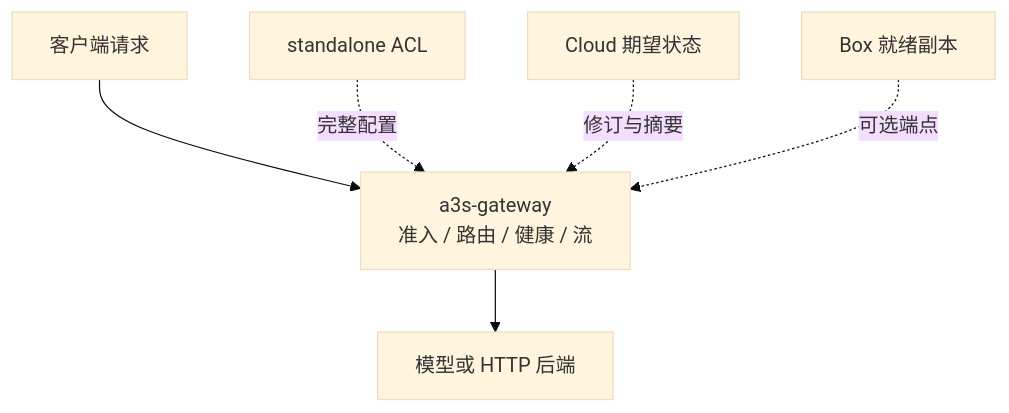
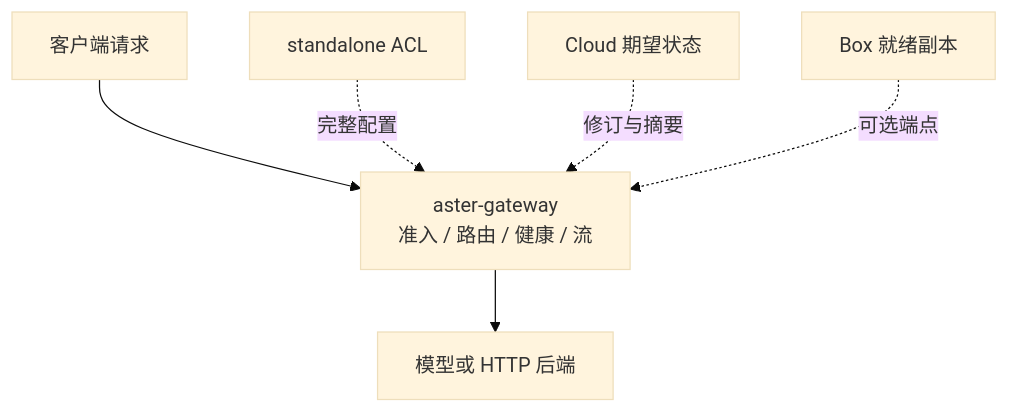
Before and after one commit to aster-ai-lab/aster: the diagram in apps/web/content/docs/gateway/1.1.1/_diagrams/gateway-architecture.mmd, drawn with Mermaid (base theme). The commit also changed 16153 other files, not shown here.

```diff
--- a/apps/web/content/docs/gateway/1.1.1/_diagrams/gateway-architecture.mmd
+++ b/apps/web/content/docs/gateway/1.1.1/_diagrams/gateway-architecture.mmd
@@ -1,8 +1,8 @@
 flowchart TB
   accTitle: Gateway 的流量职责与期望状态
   accDescr: standalone ACL 或 Cloud 快照激活本地 Gateway。Gateway 处理请求准入、路由、健康和流式响应。Box 只提供可选的就绪副本端点。
-  client["客户端请求"] --> gateway["a3s-gateway<br/>准入 / 路由 / 健康 / 流"]
+  client["客户端请求"] --> gateway["aster-gateway<br/>准入 / 路由 / 健康 / 流"]
   gateway --> upstream["模型或 HTTP 后端"]
   acl["standalone ACL"] -. 完整配置 .-> gateway
   cloud["Cloud 期望状态"] -. 修订与摘要 .-> gateway
   box["Box 就绪副本"] -. 可选端点 .-> gateway
```
